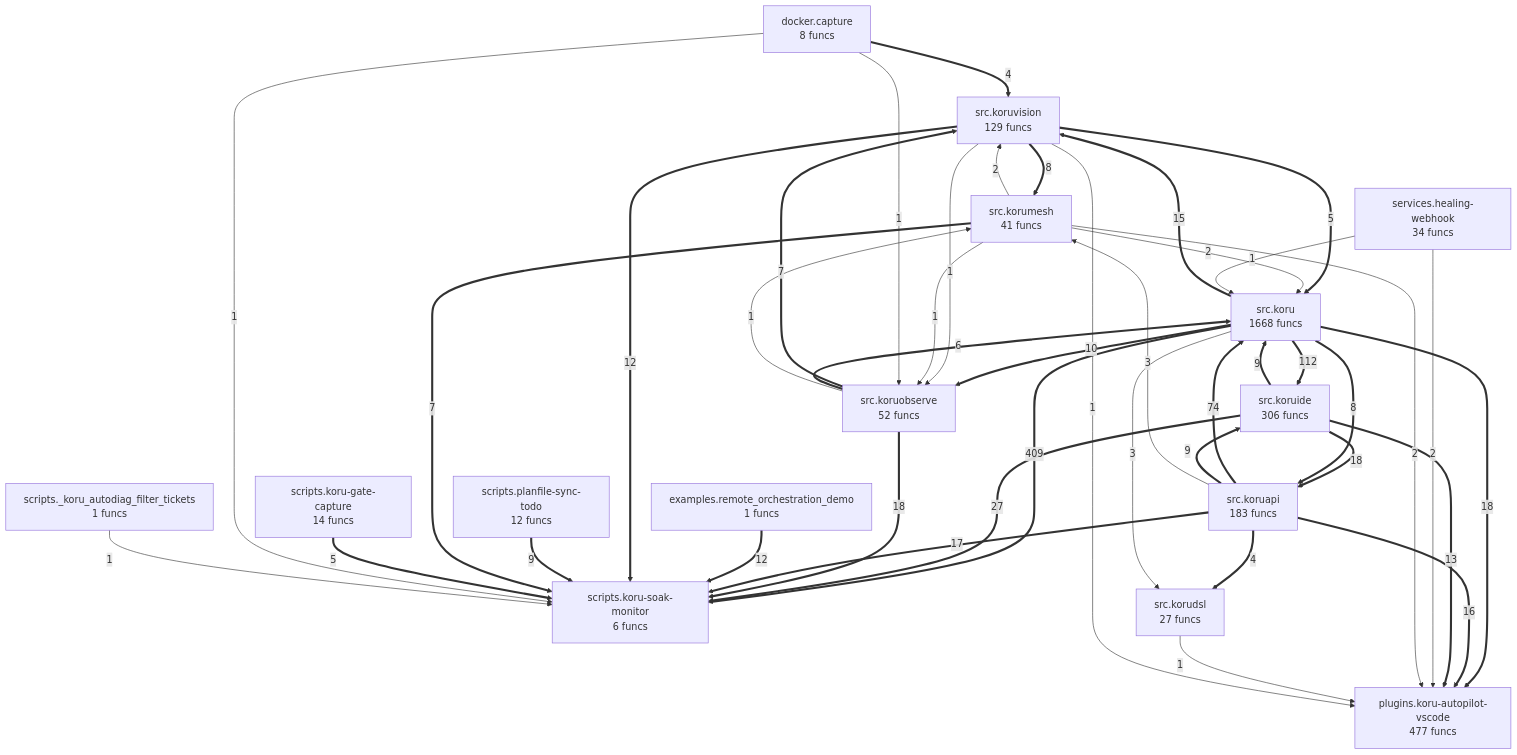
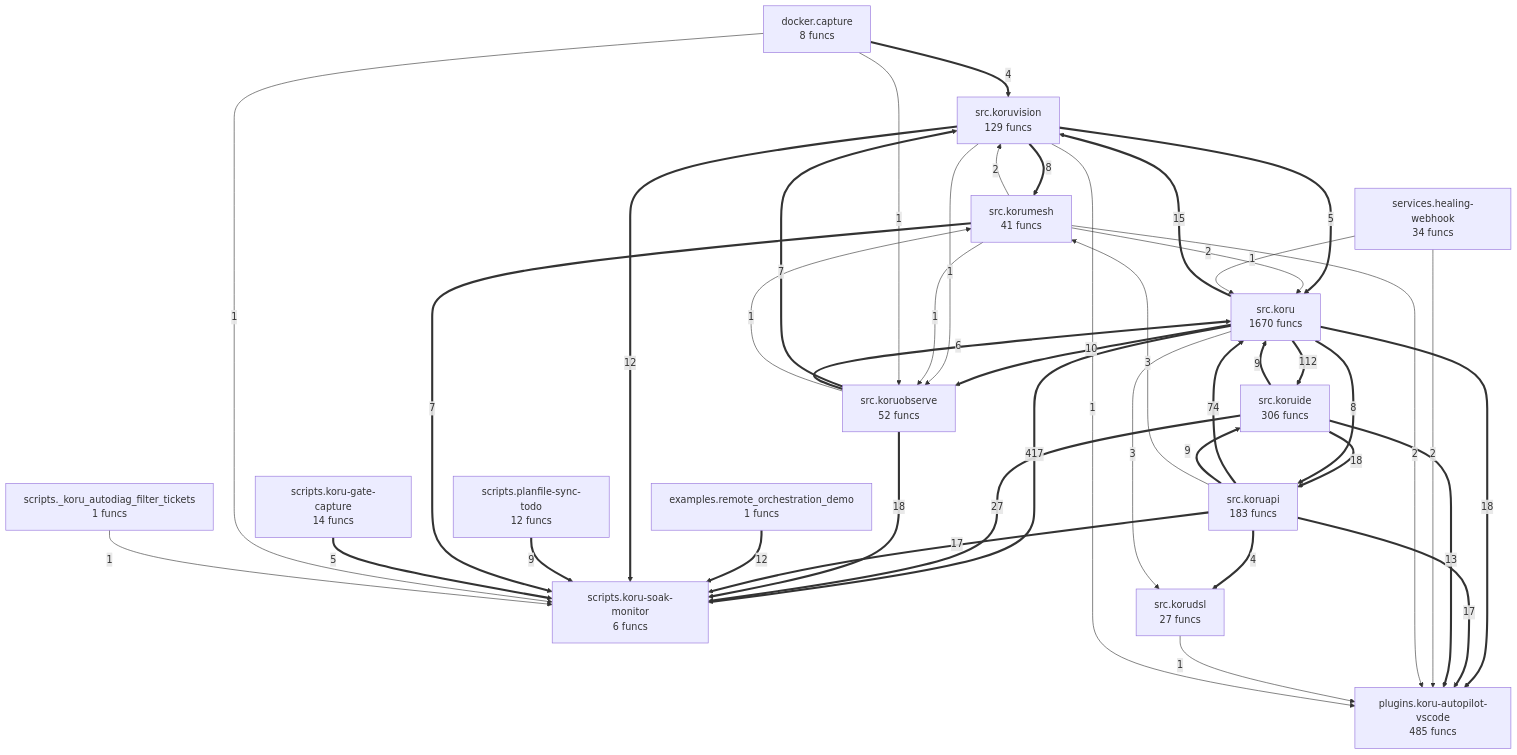
The diagram in project/compact_flow.mmd (semcod/koru), drawn with Mermaid before and after one commit. The commit also changed 47 other files, not shown here.

```diff
--- a/project/compact_flow.mmd
+++ b/project/compact_flow.mmd
@@ -1,58 +1,58 @@
 flowchart TD
-%% generated in 0.14s
+%% generated in 0.13s
     docker__capture["docker.capture<br/>8 funcs"]
     examples__remote_orchestration_demo["examples.remote_orchestration_demo<br/>1 funcs"]
-    plugins__koru_autopilot_vscode["plugins.koru-autopilot-vscode<br/>477 funcs"]
+    plugins__koru_autopilot_vscode["plugins.koru-autopilot-vscode<br/>485 funcs"]
     scripts___koru_autodiag_filter_tickets["scripts._koru_autodiag_filter_tickets<br/>1 funcs"]
     scripts__koru_gate_capture["scripts.koru-gate-capture<br/>14 funcs"]
     scripts__koru_soak_monitor["scripts.koru-soak-monitor<br/>6 funcs"]
     scripts__planfile_sync_todo["scripts.planfile-sync-todo<br/>12 funcs"]
     services__healing_webhook["services.healing-webhook<br/>34 funcs"]
-    src__koru["src.koru<br/>1668 funcs"]
+    src__koru["src.koru<br/>1670 funcs"]
     src__koruapi["src.koruapi<br/>183 funcs"]
     src__korudsl["src.korudsl<br/>27 funcs"]
     src__koruide["src.koruide<br/>306 funcs"]
     src__korumesh["src.korumesh<br/>41 funcs"]
     src__koruobserve["src.koruobserve<br/>52 funcs"]
     src__koruvision["src.koruvision<br/>129 funcs"]
-    src__koru ==>|409| scripts__koru_soak_monitor
+    src__koru ==>|417| scripts__koru_soak_monitor
     src__koru ==>|112| src__koruide
     src__koruapi ==>|74| src__koru
     src__koruide ==>|27| scripts__koru_soak_monitor
     src__koruobserve ==>|18| scripts__koru_soak_monitor
     src__koruide ==>|18| src__koruapi
     src__koru ==>|18| plugins__koru_autopilot_vscode
+    src__koruapi ==>|17| plugins__koru_autopilot_vscode
     src__koruapi ==>|17| scripts__koru_soak_monitor
-    src__koruapi ==>|16| plugins__koru_autopilot_vscode
     src__koru ==>|15| src__koruvision
     src__koruide ==>|13| plugins__koru_autopilot_vscode
     examples__remote_orchestration_demo ==>|12| scripts__koru_soak_monitor
     src__koruvision ==>|12| scripts__koru_soak_monitor
     src__koru ==>|10| src__koruobserve
     src__koruapi ==>|9| src__koruide
     src__koruide ==>|9| src__koru
     scripts__planfile_sync_todo ==>|9| scripts__koru_soak_monitor
     src__koruvision ==>|8| src__korumesh
     src__koru ==>|8| src__koruapi
     src__koruobserve ==>|7| src__koruvision
     src__korumesh ==>|7| scripts__koru_soak_monitor
     src__koruobserve ==>|6| src__koru
     src__koruvision ==>|5| src__koru
     scripts__koru_gate_capture ==>|5| scripts__koru_soak_monitor
     src__koruapi ==>|4| src__korudsl
     docker__capture ==>|4| src__koruvision
+    src__koruapi -->|3| src__korumesh
     src__koru -->|3| src__korudsl
-    src__koruapi -->|3| src__korumesh
     services__healing_webhook -->|2| plugins__koru_autopilot_vscode
     src__korumesh -->|2| src__koru
     src__korumesh -->|2| src__koruvision
     src__korumesh -->|2| plugins__koru_autopilot_vscode
     services__healing_webhook -->|1| src__koru
     src__koruobserve -->|1| src__korumesh
     src__korudsl -->|1| plugins__koru_autopilot_vscode
     src__koruvision -->|1| plugins__koru_autopilot_vscode
     src__koruvision -->|1| src__koruobserve
     src__korumesh -->|1| src__koruobserve
     docker__capture -->|1| src__koruobserve
     docker__capture -->|1| scripts__koru_soak_monitor
     scripts___koru_autodiag_filter_tickets -->|1| scripts__koru_soak_monitor
```
